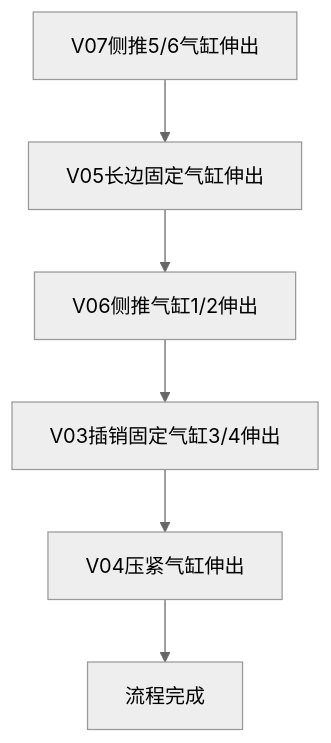
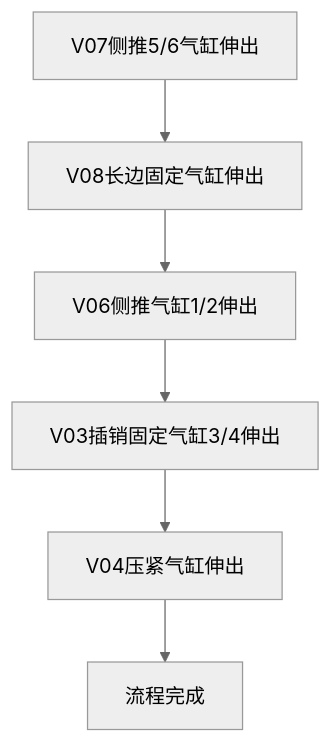
One commit to PengKun1/iodraw-files changed the diagram in all/OP30气缸固定子流程.md. Above: the diagram before and after it, drawn with Mermaid (neutral theme).

Commit message:
2024-08-06 09:59:04 update

````diff
--- a/all/OP30气缸固定子流程.md
+++ b/all/OP30气缸固定子流程.md
@@ -1,10 +1,11 @@
 ```mermaid
 graph TD
 10[V07侧推5/6气缸伸出]-->20
-20[V05长边固定气缸伸出]-->30
+
+20[V08长边固定气缸伸出]-->30
 30[V06侧推气缸1/2伸出]-->40
 40[V03插销固定气缸3/4伸出]-->50
 50[V04压紧气缸伸出]-->60
 60[流程完成]
   
 ```
````
